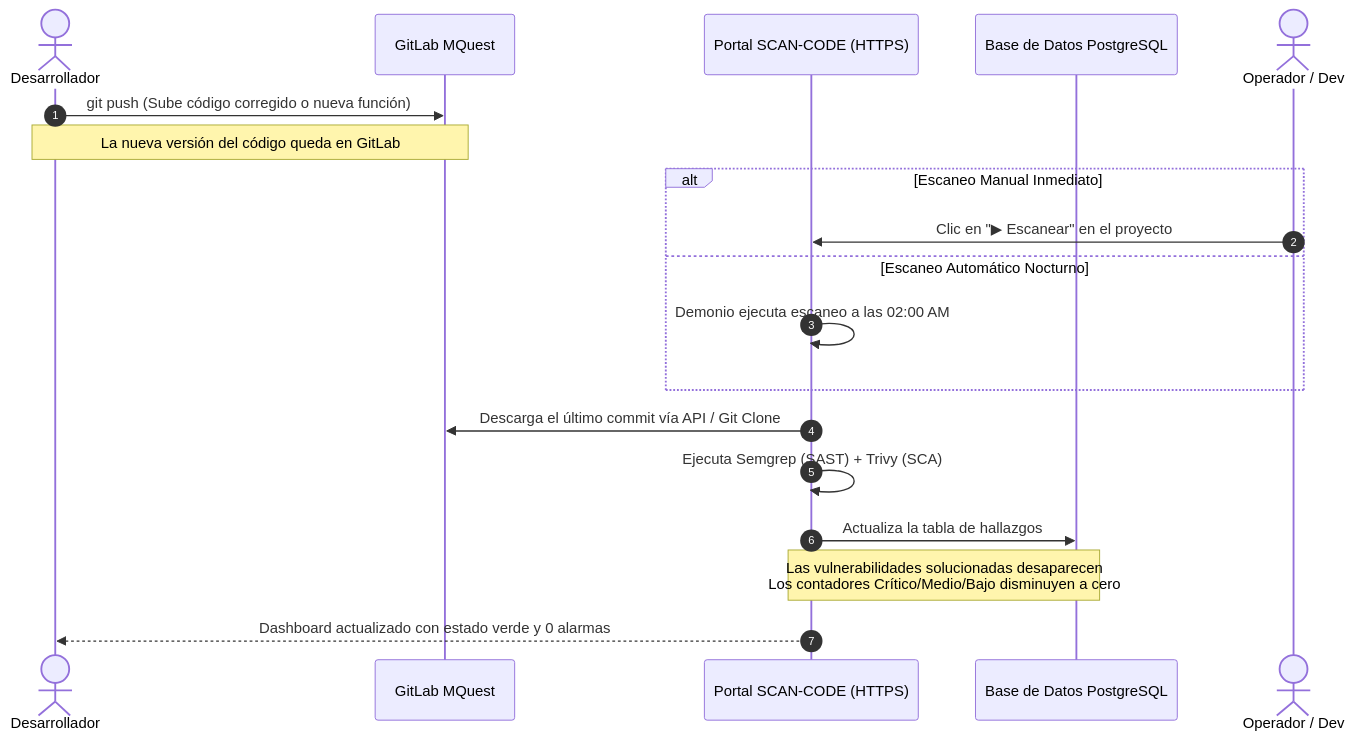
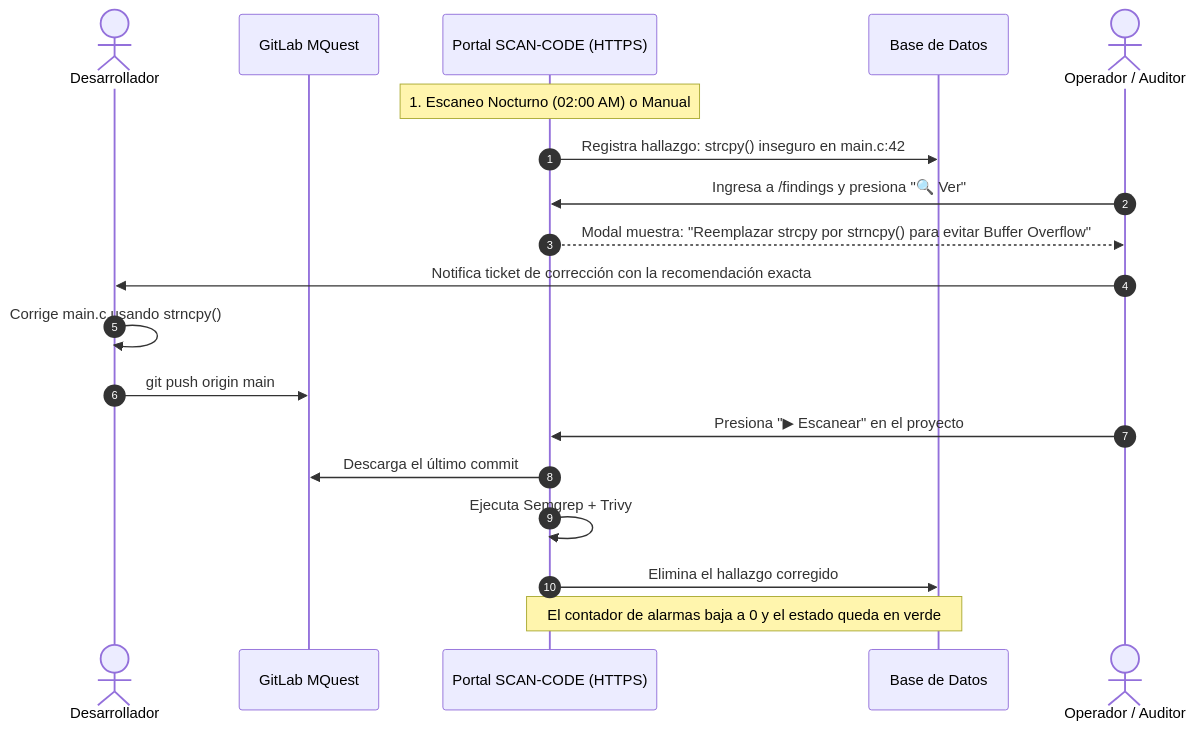
Before and after one commit to cplazaibarra/analisis-codigo: the third of 3 diagrams in MANUAL_DE_OPERACION.md, drawn with Mermaid. The commit also changed other lines of this file, not shown here.

Commit message:
docs: Actualización técnica exhaustiva del Manual de Operación (Arquitectura, Integración GitLab, SAST/SCA y Procedimientos de Escaneo)

````diff
--- a/MANUAL_DE_OPERACION.md
+++ b/MANUAL_DE_OPERACION.md
@@ -73,24 +265,25 @@
 ```mermaid
 sequenceDiagram
     autonumber
     actor Dev as Desarrollador
     participant GL as GitLab MQuest
     participant SC as Portal SCAN-CODE (HTTPS)
-    participant DB as Base de Datos PostgreSQL
+    participant DB as Base de Datos
 
-    Dev->>GL: git push (Sube código corregido o nueva función)
-    Note over Dev,GL: La nueva versión del código queda en GitLab
+    Note over SC: 1. Escaneo Nocturno (02:00 AM) o Manual
+    SC->>DB: Registra hallazgo: strcpy() inseguro en main.c:42
     
-    alt Escaneo Manual Inmediato
-        actor Op as Operador / Dev
-        Op->>SC: Clic en "▶ Escanear" en el proyecto
-    else Escaneo Automático Nocturno
-        SC->>SC: Demonio ejecuta escaneo a las 02:00 AM
-    end
-
-    SC->>GL: Descarga el último commit vía API / Git Clone
-    SC->>SC: Ejecuta Semgrep (SAST) + Trivy (SCA)
-    SC->>DB: Actualiza la tabla de hallazgos
-    Note over SC,DB: Las vulnerabilidades solucionadas desaparecen<br/>Los contadores Crítico/Medio/Bajo disminuyen a cero
-    SC-->>Dev: Dashboard actualizado con estado verde y 0 alarmas
+    actor Op as Operador / Auditor
+    Op->>SC: Ingresa a /findings y presiona "🔍 Ver"
+    SC-->>Op: Modal muestra: "Reemplazar strcpy por strncpy() para evitar Buffer Overflow"
+    Op->>Dev: Notifica ticket de corrección con la recomendación exacta
+    
+    Dev->>Dev: Corrige main.c usando strncpy()
+    Dev->>GL: git push origin main
+    
+    Op->>SC: Presiona "▶ Escanear" en el proyecto
+    SC->>GL: Descarga el último commit
+    SC->>SC: Ejecuta Semgrep + Trivy
+    SC->>DB: Elimina el hallazgo corregido
+    Note over SC,DB: El contador de alarmas baja a 0 y el estado queda en verde
 ```
````
